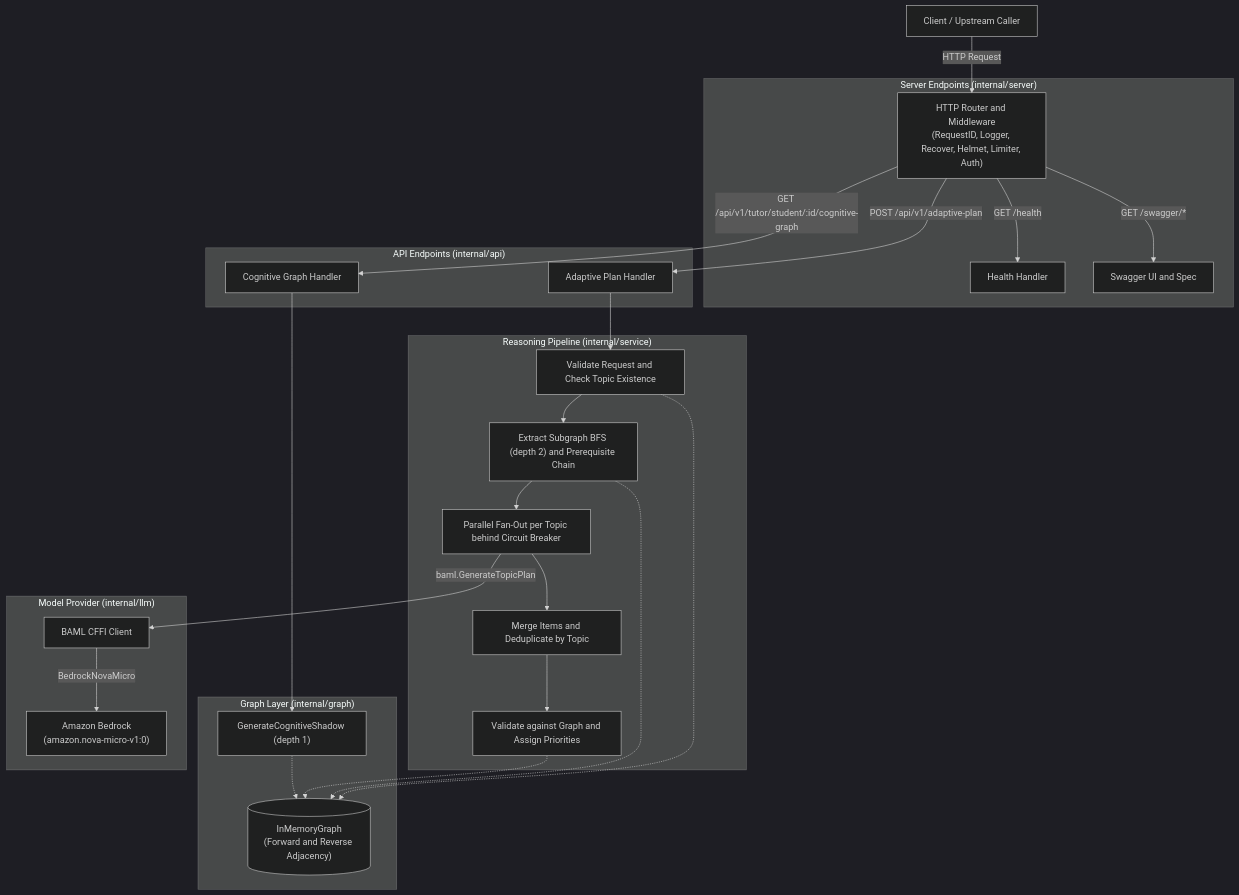
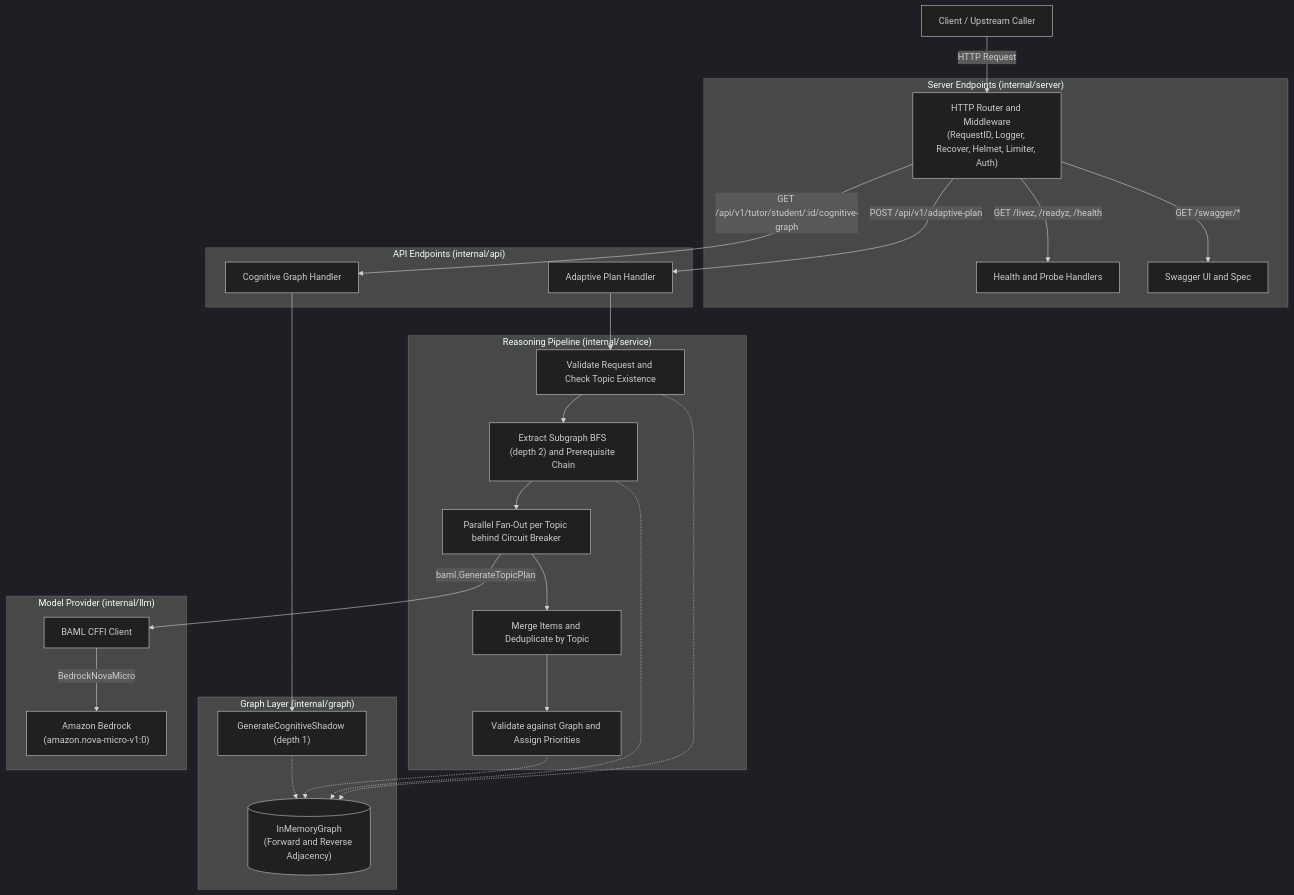
One commit to Victoroide/axiom-engine changed the diagram in README.md. Above: the diagram before and after it, drawn with Mermaid (dark theme). The commit also changed 18 other files, not shown here.

````diff
--- a/README.md
+++ b/README.md
@@ -21,35 +21,35 @@
 ```mermaid
 flowchart TD
     Client["Client / Upstream Caller"] -->|"HTTP Request"| Router["HTTP Router and Middleware<br/>(RequestID, Logger, Recover, Helmet, Limiter, Auth)"]
 
     subgraph ServerRoutes ["Server Endpoints (internal/server)"]
-        Router -->|"GET /health"| H_Health["Health Handler"]
+        Router -->|"GET /livez, /readyz, /health"| H_Health["Health and Probe Handlers"]
         Router -->|"GET /swagger/*"| H_Swagger["Swagger UI and Spec"]
     end
 
     subgraph Endpoints ["API Endpoints (internal/api)"]
         Router -->|"GET /api/v1/tutor/student/:id/cognitive-graph"| H_Cognitive["Cognitive Graph Handler"]
         Router -->|"POST /api/v1/adaptive-plan"| H_Plan["Adaptive Plan Handler"]
     end
 
     subgraph Service ["Reasoning Pipeline (internal/service)"]
         H_Plan --> Step1["Validate Request and Check Topic Existence"]
         Step1 --> Step2["Extract Subgraph BFS (depth 2) and Prerequisite Chain"]
         Step2 --> Step3["Parallel Fan-Out per Topic behind Circuit Breaker"]
         Step3 --> Step4["Merge Items and Deduplicate by Topic"]
         Step4 --> Step5["Validate against Graph and Assign Priorities"]
     end
 
     subgraph GraphLayer ["Graph Layer (internal/graph)"]
         H_Cognitive --> Shadow["GenerateCognitiveShadow (depth 1)"]
         Step1 -.-> GraphStore[("InMemoryGraph<br/>(Forward and Reverse Adjacency)")]
         Step2 -.-> GraphStore
         Step5 -.-> GraphStore
         Shadow -.-> GraphStore
     end
 
     subgraph Upstream ["Model Provider (internal/llm)"]
         Step3 -->|"baml.GenerateTopicPlan"| BAML["BAML CFFI Client"]
         BAML -->|"BedrockNovaMicro"| Bedrock["Amazon Bedrock<br/>(amazon.nova-micro-v1:0)"]
     end
 ```
````
